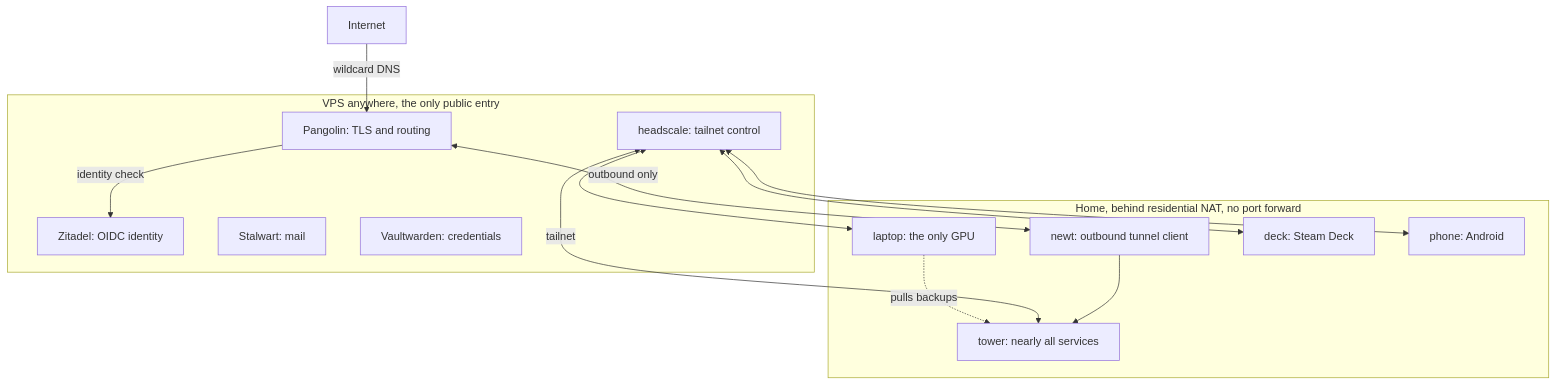
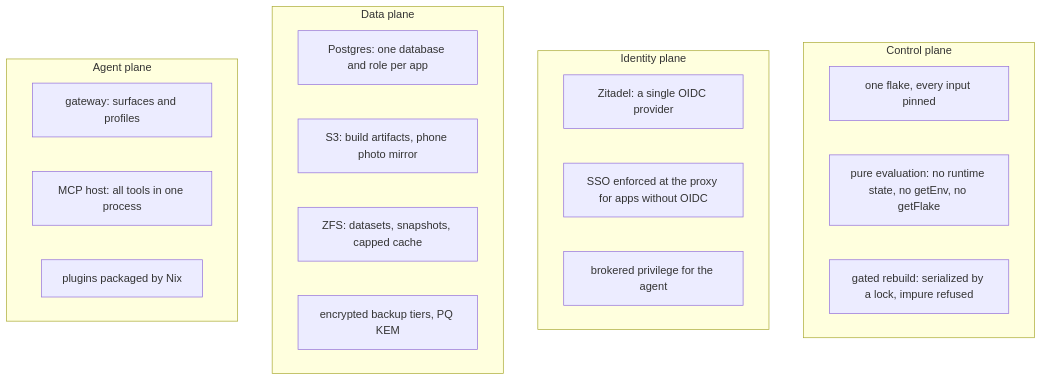
One commit to MarcPartensky/nixos changed the first of 8 diagrams in README.md. Above: the diagram before and after it, drawn with Mermaid. The commit also changed other lines of this file, not shown here.

````diff
--- a/README.md
+++ b/README.md
@@ -66,27 +68,24 @@
 ```mermaid
 flowchart TB
-  net["Internet"]
-  subgraph vps["VPS anywhere, the only public entry"]
-    pag["Pangolin: TLS and routing"]
-    zit["Zitadel: OIDC identity"]
-    hs["headscale: tailnet control"]
-    mail["Stalwart: mail"]
-    vault["Vaultwarden: credentials"]
+  subgraph cp["Control plane"]
+    flake["one flake, every input pinned"]
+    pure["pure evaluation: no runtime state, no getEnv, no getFlake"]
+    gate["gated rebuild: serialized by a lock, impure refused"]
   end
-  subgraph home["Home, behind residential NAT, no port forward"]
-    newt["newt: outbound tunnel client"]
-    tower["tower: nearly all services"]
-    laptop["laptop: the only GPU"]
-    deck["deck: Steam Deck"]
-    phone["phone: Android"]
+  subgraph ip["Identity plane"]
+    idp["Zitadel: a single OIDC provider"]
+    sso["SSO enforced at the proxy for apps without OIDC"]
+    brk["brokered privilege for the agent"]
   end
-  net -->|"wildcard DNS"| pag
-  pag -->|"identity check"| zit
-  pag <-->|"outbound only"| newt
-  newt --> tower
-  hs <-->|"tailnet"| tower
-  hs <--> laptop
-  hs <--> deck
-  hs <--> phone
-  laptop -.->|"pulls backups"| tower
+  subgraph dp["Data plane"]
+    pg["Postgres: one database and role per app"]
+    s3["S3: build artifacts, phone photo mirror"]
+    zfs["ZFS: datasets, snapshots, capped cache"]
+    backup["encrypted backup tiers, PQ KEM"]
+  end
+  subgraph ap["Agent plane"]
+    gw["gateway: surfaces and profiles"]
+    mcp["MCP host: all tools in one process"]
+    plug["plugins packaged by Nix"]
+  end
 ```
````
